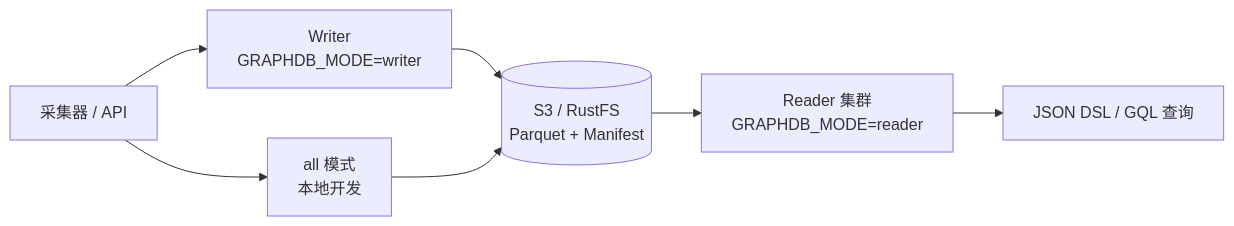
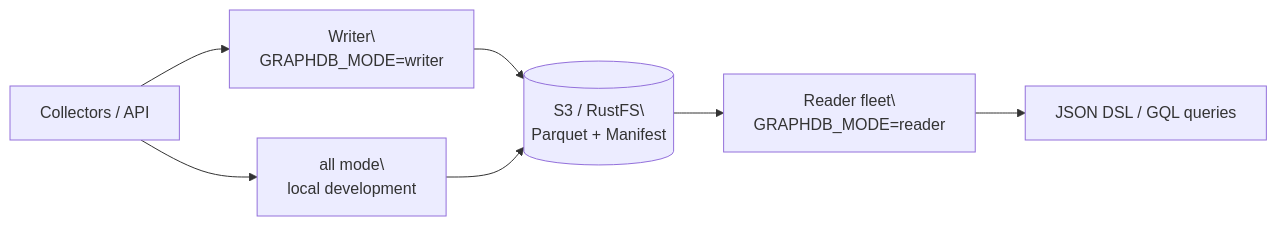
Before and after one commit to SamuelSupe/graphdb: the diagram in README.md, drawn with Mermaid. The commit also changed other lines of this file and 1 other file, not shown here.

````diff
--- a/README.md
+++ b/README.md
@@ -35,9 +33,9 @@
 ```mermaid
 flowchart LR
-  A[采集器 / API] --> W[Writer\nGRAPHDB_MODE=writer]
-  W --> O[(S3 / RustFS\nParquet + Manifest)]
-  O --> R[Reader 集群\nGRAPHDB_MODE=reader]
-  R --> Q[JSON DSL / GQL 查询]
-  A --> A1[all 模式\n本地开发]
+  A[Collectors / API] --> W[Writer\\nGRAPHDB_MODE=writer]
+  W --> O[(S3 / RustFS\\nParquet + Manifest)]
+  O --> R[Reader fleet\\nGRAPHDB_MODE=reader]
+  R --> Q[JSON DSL / GQL queries]
+  A --> A1[all mode\\nlocal development]
   A1 --> O
 ```
````
